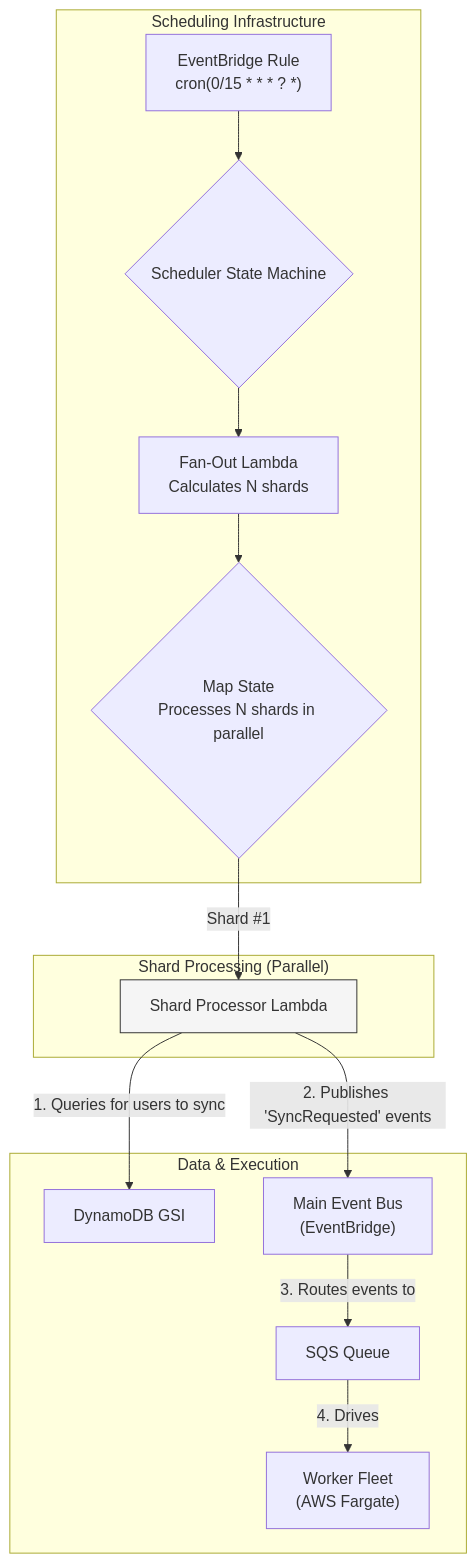
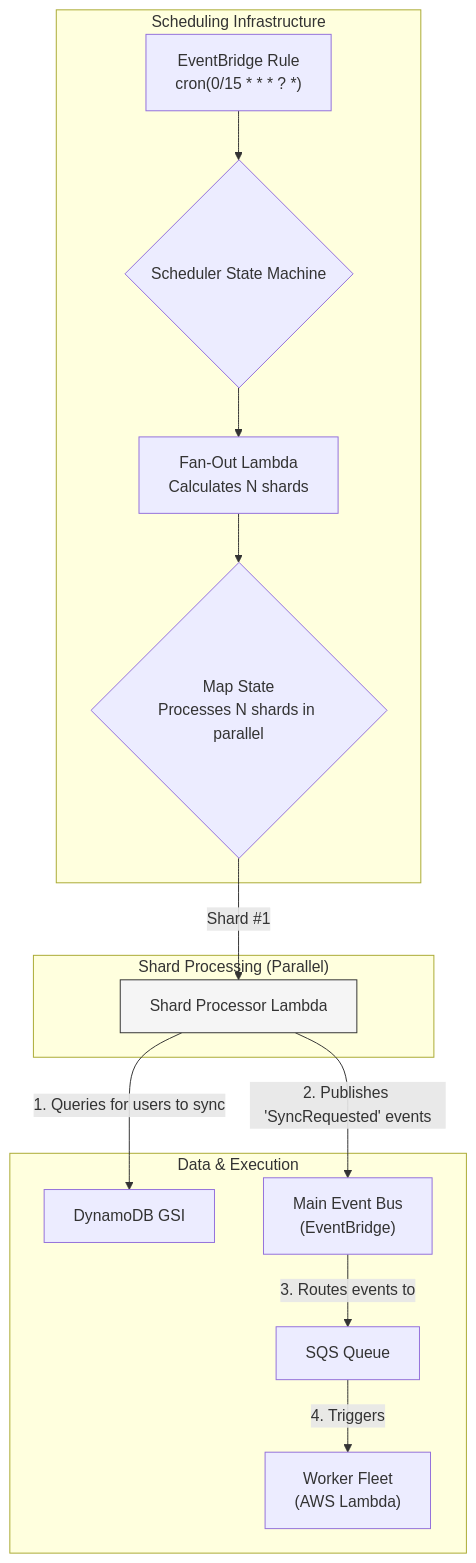
Before and after one commit to dino10bit/healthsync: the ninth of 11 diagrams in docs/architecture/06-technical-architecture.md, drawn with Mermaid. The commit also changed other lines of this file and 11 other files, not shown here.

````diff
--- a/docs/architecture/06-technical-architecture.md
+++ b/docs/architecture/06-technical-architecture.md
@@ -1169,25 +1132,25 @@
 ```mermaid
 graph TD
     subgraph "Scheduling Infrastructure"
         A["EventBridge Rule<br>cron(0/15 * * * ? *)"] --> B{"Scheduler State Machine"};
         B --> C[Fan-Out Lambda<br>Calculates N shards];
         C --> D{Map State<br>Processes N shards in parallel};
     end
 
     subgraph "Shard Processing (Parallel)"
         style E1 fill:#f5f5f5,stroke:#333
         D -- "Shard #1" --> E1[Shard Processor Lambda];
     end
 
     subgraph "Data & Execution"
         DynamoDB[DynamoDB GSI]
         F["Main Event Bus<br>(EventBridge)"];
         G[SQS Queue];
-        H["Worker Fleet<br>(AWS Fargate)"];
+        H["Worker Fleet<br>(AWS Lambda)"];
     end
 
     E1 -- "1. Queries for users to sync" --> DynamoDB;
     E1 -- "2. Publishes 'SyncRequested' events" --> F;
     F -- "3. Routes events to" --> G;
-    G -- "4. Drives" --> H;
+    G -- "4. Triggers" --> H;
 ```
````
